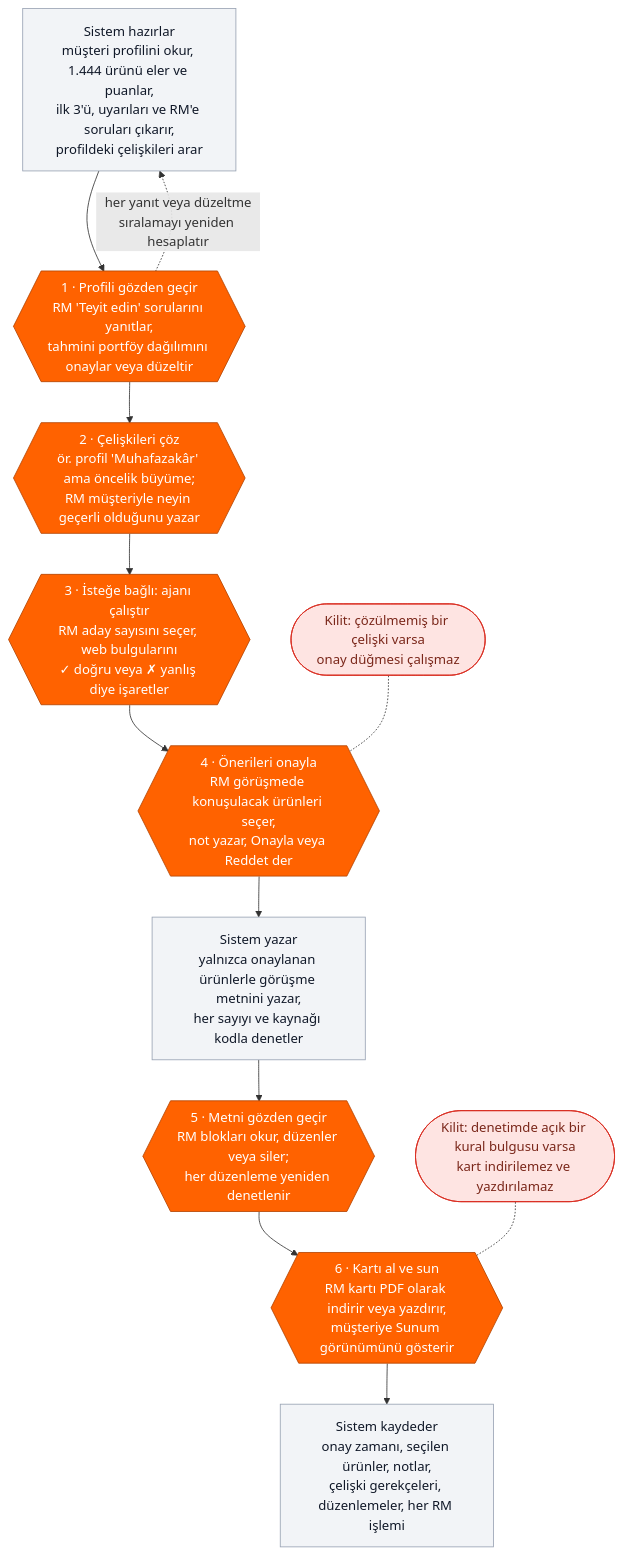
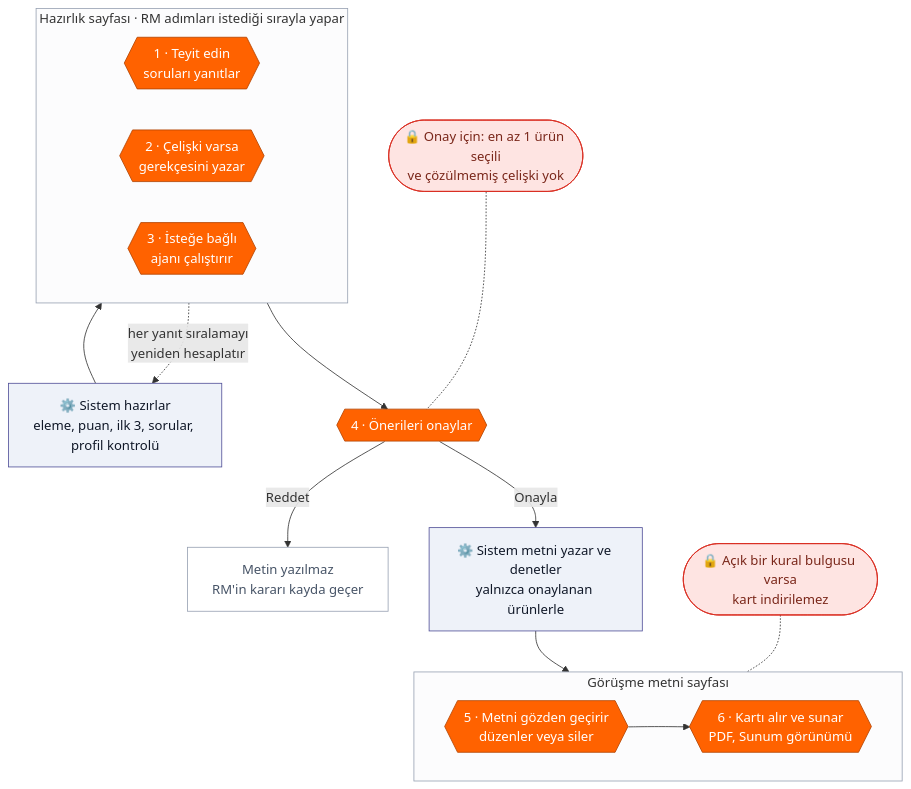
One commit to ArdahanDogru/ing-hackathon-rm-prep changed the fifth of 6 diagrams in README.md. Above: the diagram before and after it, drawn with Mermaid. The commit also changed other lines of this file, not shown here.

Commit message:
README section 6: approval chart corrected and compact (free order on the preparation page, the reject path, full approval lock); legend colors; every step recorded when it happens

````diff
--- a/README.md
+++ b/README.md
@@ -445,24 +445,37 @@
 ```mermaid
 flowchart TB
-    S1["Sistem hazırlar<br/>müşteri profilini okur, 1.444 ürünü eler ve puanlar,<br/>ilk 3'ü, uyarıları ve RM'e soruları çıkarır,<br/>profildeki çelişkileri arar"]
-    H1{{"1 · Profili gözden geçir<br/>RM 'Teyit edin' sorularını yanıtlar,<br/>tahmini portföy dağılımını onaylar veya düzeltir"}}
-    H2{{"2 · Çelişkileri çöz<br/>ör. profil 'Muhafazakâr' ama öncelik büyüme;<br/>RM müşteriyle neyin geçerli olduğunu yazar"}}
-    H3{{"3 · İsteğe bağlı: ajanı çalıştır<br/>RM aday sayısını seçer, web bulgularını<br/>✓ doğru veya ✗ yanlış diye işaretler"}}
-    H4{{"4 · Önerileri onayla<br/>RM görüşmede konuşulacak ürünleri seçer,<br/>not yazar, Onayla veya Reddet der"}}
-    L1(["Kilit: çözülmemiş bir çelişki varsa<br/>onay düğmesi çalışmaz"])
-    S2["Sistem yazar<br/>yalnızca onaylanan ürünlerle görüşme metnini yazar,<br/>her sayıyı ve kaynağı kodla denetler"]
-    H5{{"5 · Metni gözden geçir<br/>RM blokları okur, düzenler veya siler;<br/>her düzenleme yeniden denetlenir"}}
-    H6{{"6 · Kartı al ve sun<br/>RM kartı PDF olarak indirir veya yazdırır,<br/>müşteriye Sunum görünümünü gösterir"}}
-    L2(["Kilit: denetimde açık bir kural bulgusu varsa<br/>kart indirilemez ve yazdırılamaz"])
-    S3["Sistem kaydeder<br/>onay zamanı, seçilen ürünler, notlar,<br/>çelişki gerekçeleri, düzenlemeler, her RM işlemi"]
-    S1 --> H1 --> H2 --> H3 --> H4 --> S2 --> H5 --> H6 --> S3
-    H1 -. "her yanıt veya düzeltme<br/>sıralamayı yeniden hesaplatır" .-> S1
-    L1 -.- H4
+    S1["⚙️ Sistem hazırlar<br/>eleme, puan, ilk 3, sorular, profil kontrolü"]
+    subgraph P1["Hazırlık sayfası · RM adımları istediği sırayla yapar"]
+        direction LR
+        H1{{"1 · Teyit edin<br/>soruları yanıtlar"}}
+        H2{{"2 · Çelişki varsa<br/>gerekçesini yazar"}}
+        H3{{"3 · İsteğe bağlı<br/>ajanı çalıştırır"}}
+    end
+    G{{"4 · Önerileri onaylar"}}
+    L1(["🔒 Onay için: en az 1 ürün seçili<br/>ve çözülmemiş çelişki yok"])
+    X["Metin yazılmaz<br/>RM'in kararı kayda geçer"]
+    S2["⚙️ Sistem metni yazar ve denetler<br/>yalnızca onaylanan ürünlerle"]
+    subgraph P2["Görüşme metni sayfası"]
+        direction LR
+        H5{{"5 · Metni gözden geçirir<br/>düzenler veya siler"}} --> H6{{"6 · Kartı alır ve sunar<br/>PDF, Sunum görünümü"}}
+    end
+    L2(["🔒 Açık bir kural bulgusu varsa<br/>kart indirilemez"])
+    S1 --> P1
+    P1 --> G
+    H1 -. "her yanıt sıralamayı<br/>yeniden hesaplatır" .-> S1
+    L1 -.- G
+    G -- "Onayla" --> S2
+    G -- "Reddet" --> X
+    S2 --> P2
     L2 -.- H6
     classDef human fill:#FF6200,color:#fff,stroke:#B34400
-    classDef sys fill:#F2F4F7,color:#101828,stroke:#98A2B3
+    classDef sys fill:#EEF2F9,color:#101828,stroke:#525199
     classDef lock fill:#FEE4E2,color:#7A271A,stroke:#D92D20
-    class H1,H2,H3,H4,H5,H6 human
-    class S1,S2,S3 sys
+    classDef end1 fill:#fff,color:#475467,stroke:#98A2B3
+    class H1,H2,H3,G,H5,H6 human
+    class S1,S2 sys
     class L1,L2 lock
+    class X end1
+    style P1 fill:#FCFCFD,stroke:#98A2B3
+    style P2 fill:#FCFCFD,stroke:#98A2B3
 ```
````
